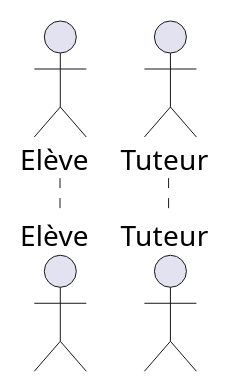
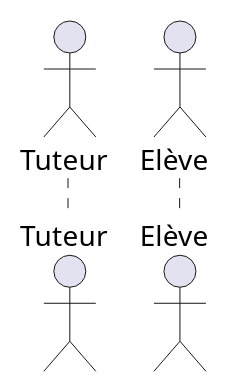
Before and after one commit to KMBCL/P3_specifications: the diagram in docs/diagrams/actors/common.puml, drawn with PlantUML. The commit also changed 18 other files, not shown here.

```diff
--- a/docs/diagrams/actors/common.puml
+++ b/docs/diagrams/actors/common.puml
@@ -1,4 +1,5 @@
 @startuml common
+actor "Tuteur" as tutor
 actor "Elève" as student
-actor "Tuteur" as tutor
+
 @enduml
```
